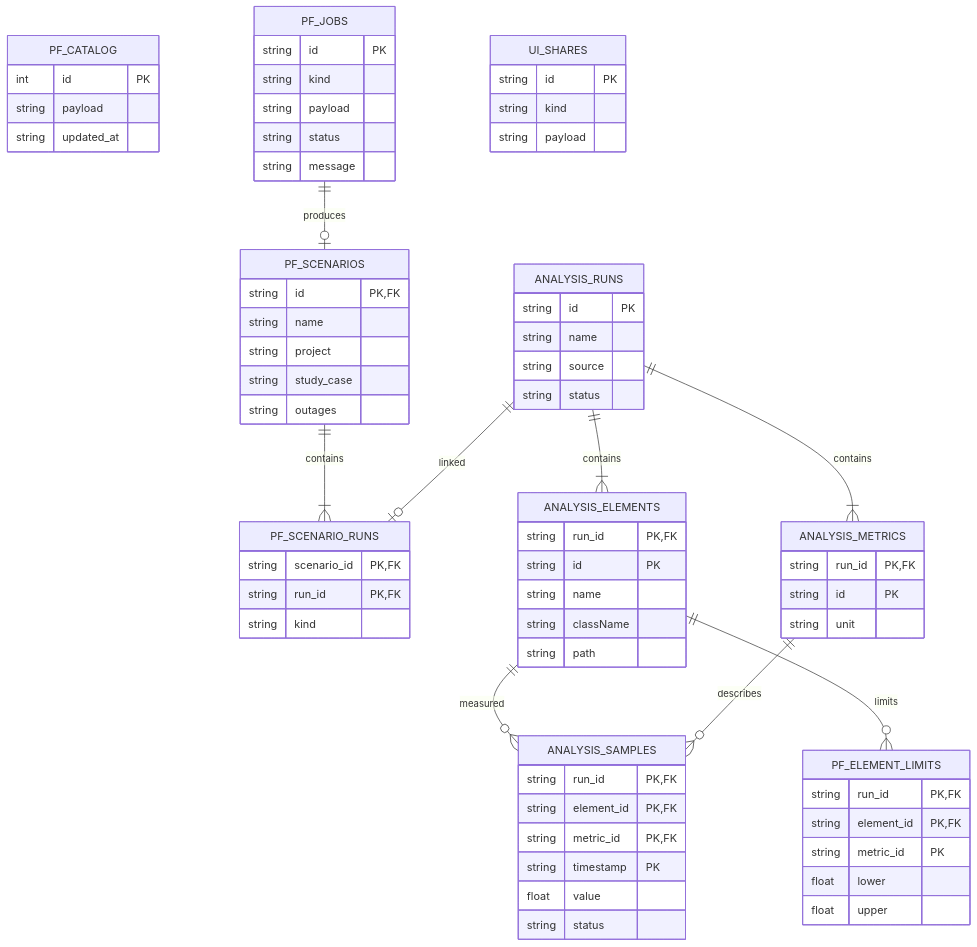
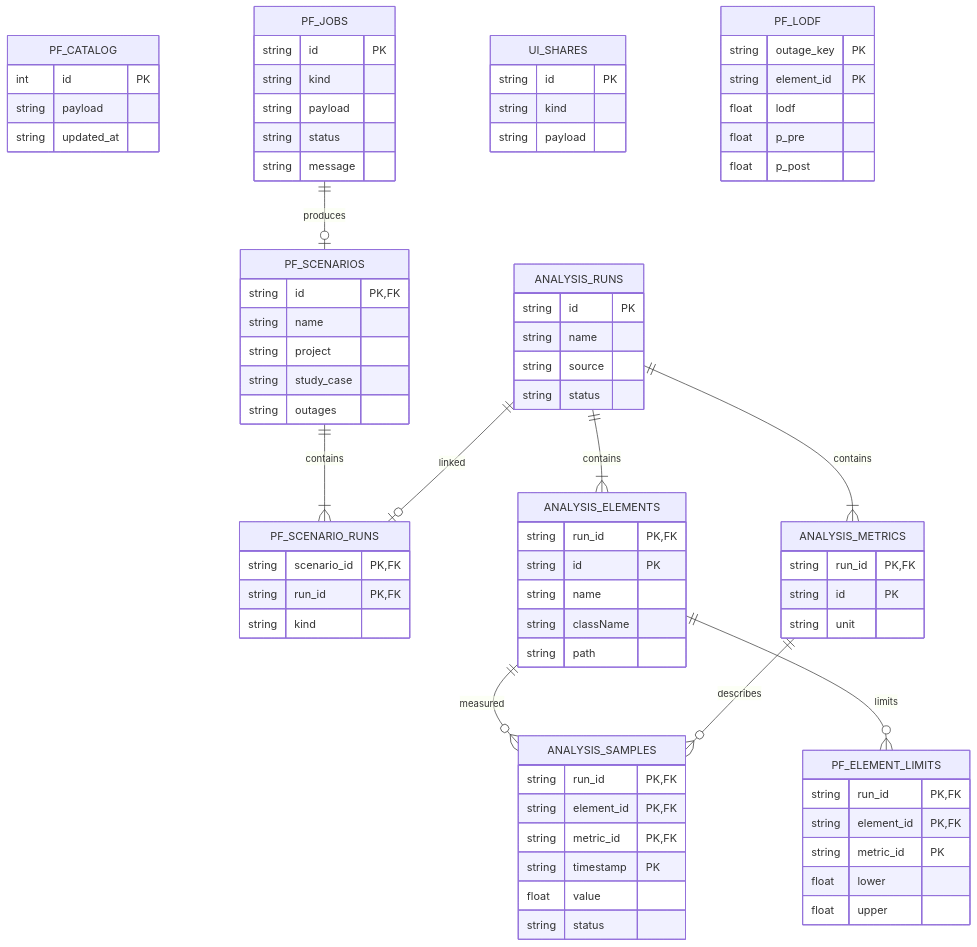
One commit to hadiibrahim-Engin/nahriva-grid-analysis changed the fifth of 9 diagrams in BIG_PICTURE.md. Above: the diagram before and after it, drawn with Mermaid. The commit also changed other lines of this file and 49 other files, not shown here.

First line of the commit message:
feat: Implement outage assessment with LODF calculation

````diff
--- a/BIG_PICTURE.md
+++ b/BIG_PICTURE.md
@@ -131,73 +135,80 @@
 ```mermaid
 erDiagram
     PF_CATALOG {
         int id PK
         string payload
         string updated_at
     }
     PF_JOBS {
         string id PK
         string kind
         string payload
         string status
         string message
     }
     PF_SCENARIOS {
         string id PK,FK
         string name
         string project
         string study_case
         string outages
     }
     PF_SCENARIO_RUNS {
         string scenario_id PK,FK
         string run_id PK,FK
         string kind
     }
     ANALYSIS_RUNS {
         string id PK
         string name
         string source
         string status
     }
     ANALYSIS_ELEMENTS {
         string run_id PK,FK
         string id PK
         string name
         string className
         string path
     }
     ANALYSIS_METRICS {
         string run_id PK,FK
         string id PK
         string unit
     }
     ANALYSIS_SAMPLES {
         string run_id PK,FK
         string element_id PK,FK
         string metric_id PK,FK
         string timestamp PK
         float value
         string status
     }
     PF_ELEMENT_LIMITS {
         string run_id PK,FK
         string element_id PK,FK
         string metric_id PK
         float lower
         float upper
     }
     UI_SHARES {
         string id PK
         string kind
         string payload
     }
+    PF_LODF {
+        string outage_key PK
+        string element_id PK
+        float lodf
+        float p_pre
+        float p_post
+    }
     PF_JOBS ||--o| PF_SCENARIOS : produces
     PF_SCENARIOS ||--|{ PF_SCENARIO_RUNS : contains
     ANALYSIS_RUNS ||--o| PF_SCENARIO_RUNS : linked
     ANALYSIS_RUNS ||--|{ ANALYSIS_ELEMENTS : contains
     ANALYSIS_RUNS ||--|{ ANALYSIS_METRICS : contains
     ANALYSIS_ELEMENTS ||--o{ ANALYSIS_SAMPLES : measured
     ANALYSIS_METRICS ||--o{ ANALYSIS_SAMPLES : describes
     ANALYSIS_ELEMENTS ||--o{ PF_ELEMENT_LIMITS : limits
 ```
````
